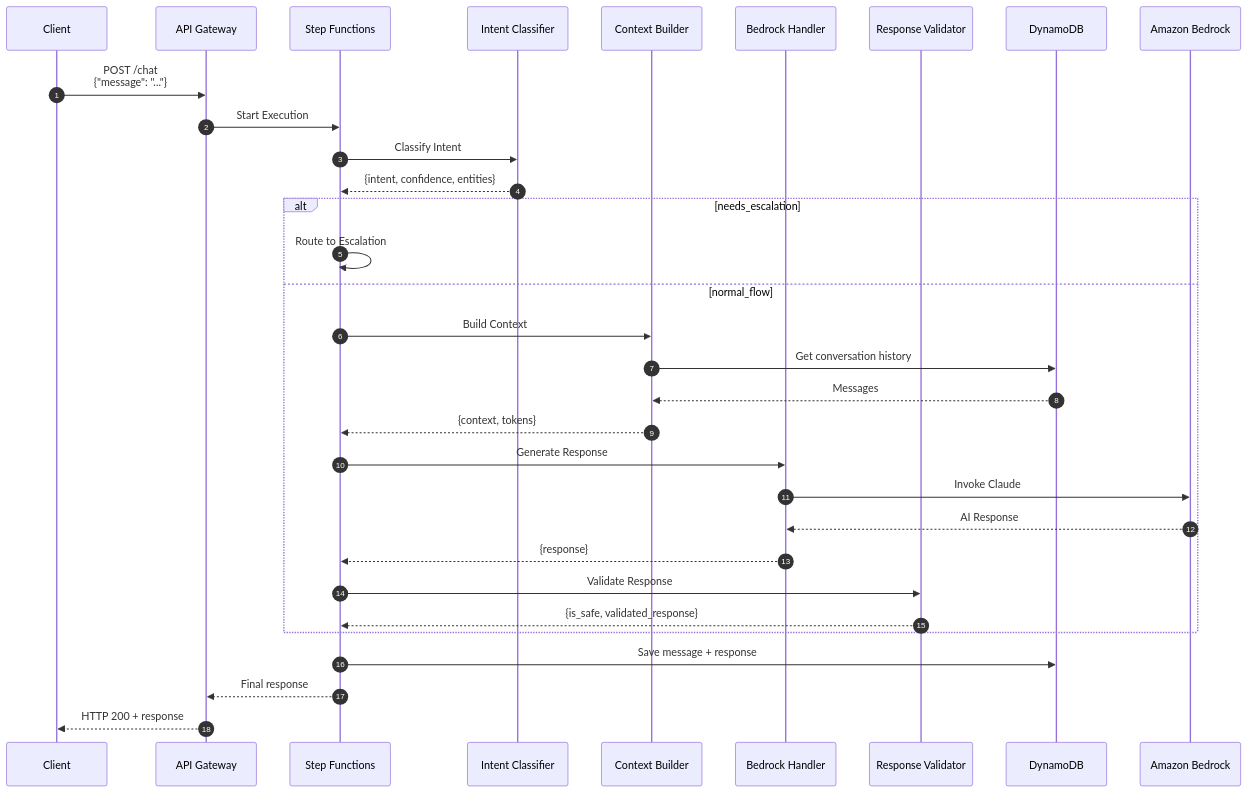
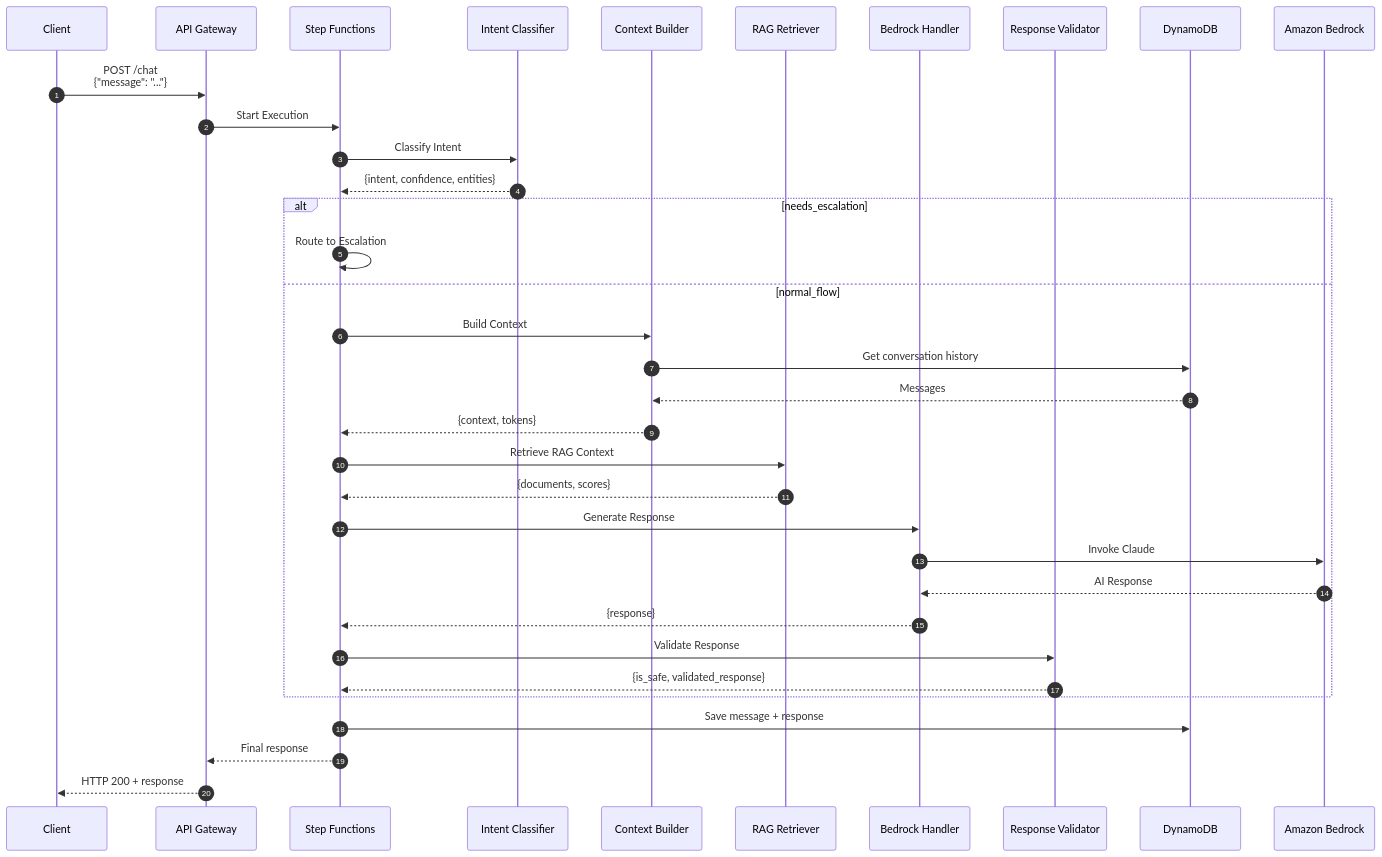
Before and after one commit to jujubear24/ai-customer-service-bot: diagram 12 of 20 in docs/architecture/data-flow.md, drawn with Mermaid. The commit also changed other lines of this file, not shown here.

First line of the commit message:
docs(architecture): update data-flow.md for Phase 2 completion

````diff
--- a/docs/architecture/data-flow.md
+++ b/docs/architecture/data-flow.md
@@ -271,40 +512,44 @@
 ```mermaid
 sequenceDiagram
     autonumber
     participant C as Client
     participant AG as API Gateway
     participant SF as Step Functions
     participant IC as Intent Classifier
     participant CB as Context Builder
+    participant RR as RAG Retriever
     participant BH as Bedrock Handler
     participant RV as Response Validator
     participant DDB as DynamoDB
     participant BR as Amazon Bedrock
 
     C->>AG: POST /chat<br/>{"message": "..."}
     AG->>SF: Start Execution
 
     SF->>IC: Classify Intent
     IC-->>SF: {intent, confidence, entities}
 
     alt needs_escalation
         SF->>SF: Route to Escalation
     else normal_flow
         SF->>CB: Build Context
         CB->>DDB: Get conversation history
         DDB-->>CB: Messages
         CB-->>SF: {context, tokens}
 
+        SF->>RR: Retrieve RAG Context
+        RR-->>SF: {documents, scores}
+
         SF->>BH: Generate Response
         BH->>BR: Invoke Claude
         BR-->>BH: AI Response
         BH-->>SF: {response}
 
         SF->>RV: Validate Response
         RV-->>SF: {is_safe, validated_response}
     end
 
     SF->>DDB: Save message + response
     SF-->>AG: Final response
     AG-->>C: HTTP 200 + response
 ```
````
